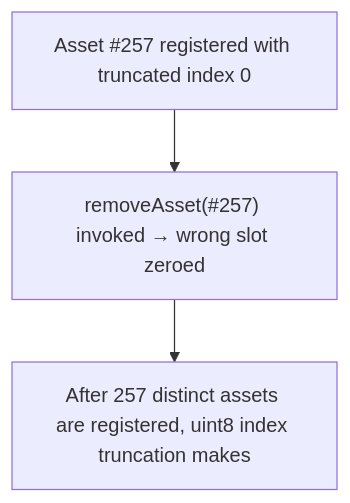
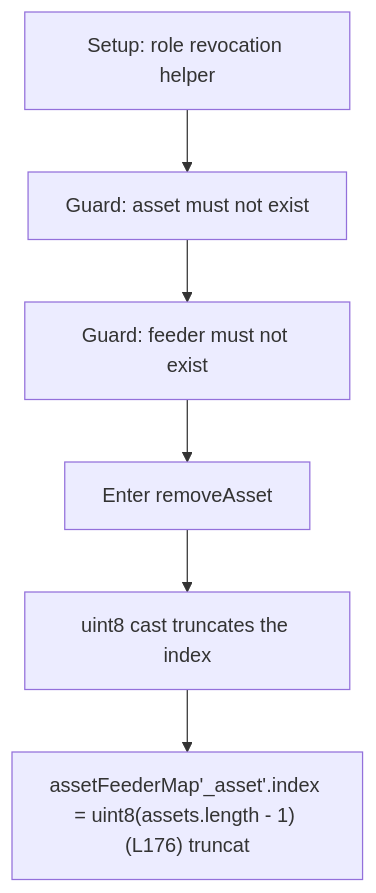
One commit to sanbir/evm-hack-registry changed the diagram in 25724-h-08-nftfloororacles-asset-and-feeder-structures-can-be-corr_exp/25724-h-08-nftfloororacles-asset-and-feeder-structures-can-be-corr_exp.md. Above: the diagram before and after it, drawn with Mermaid. The commit also changed other lines of this file and 79 other files, not shown here.

````diff
--- a/25724-h-08-nftfloororacles-asset-and-feeder-structures-can-be-corr_exp/25724-h-08-nftfloororacles-asset-and-feeder-structures-can-be-corr_exp.md
+++ b/25724-h-08-nftfloororacles-asset-and-feeder-structures-can-be-corr_exp/25724-h-08-nftfloororacles-asset-and-feeder-structures-can-be-corr_exp.md
@@ -28,8 +28,14 @@
 ```mermaid
 flowchart TD
-  S0["Asset #257 registered with truncated index 0"]
-  S1["removeAsset(#257) invoked → wrong slot zeroed"]
-  H["After 257 distinct assets are registered, uint8 index truncation makes"]
+  S0["Setup: role revocation helper"]
+  S1["Guard: asset must not exist"]
+  S2["Guard: feeder must not exist"]
+  S3["Enter removeAsset"]
+  S4["uint8 cast truncates the index"]
+  H["assetFeederMap'_asset'.index = uint8(assets.length - 1) (L176) truncat"]
   S0 --> S1
-  S1 --> H
+  S1 --> S2
+  S2 --> S3
+  S3 --> S4
+  S4 --> H
 ```
````
